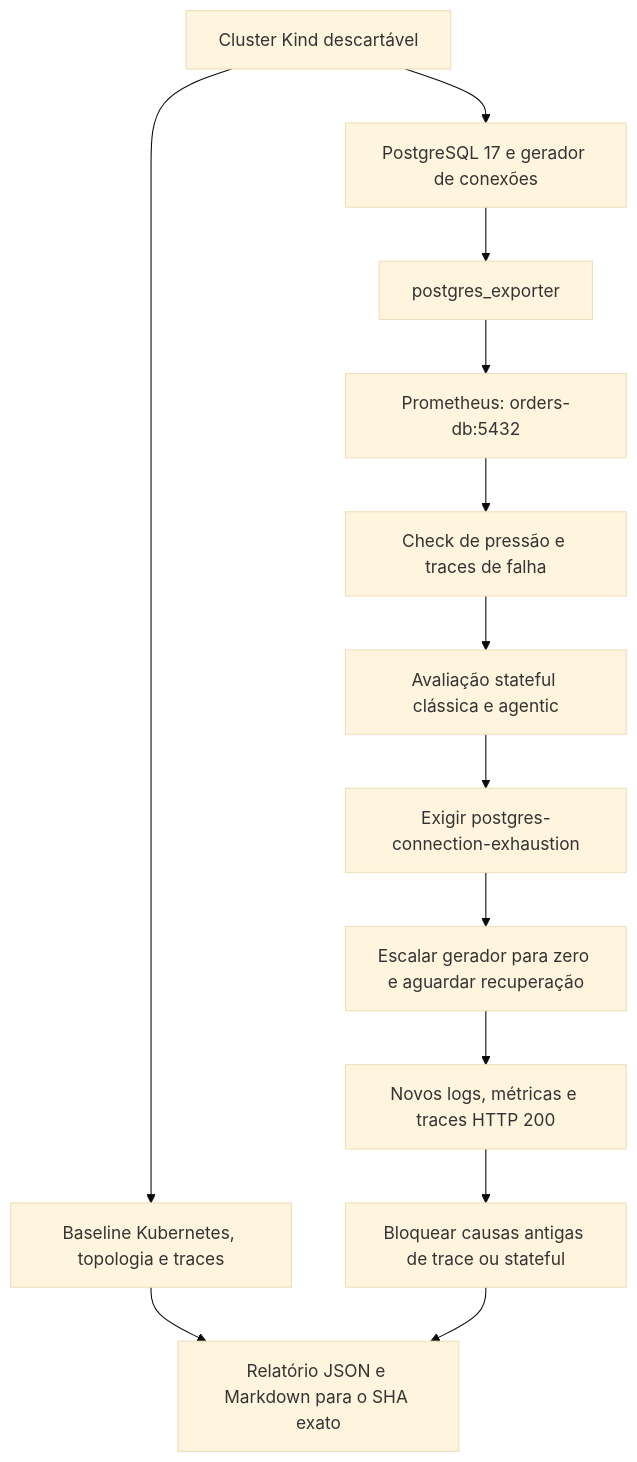
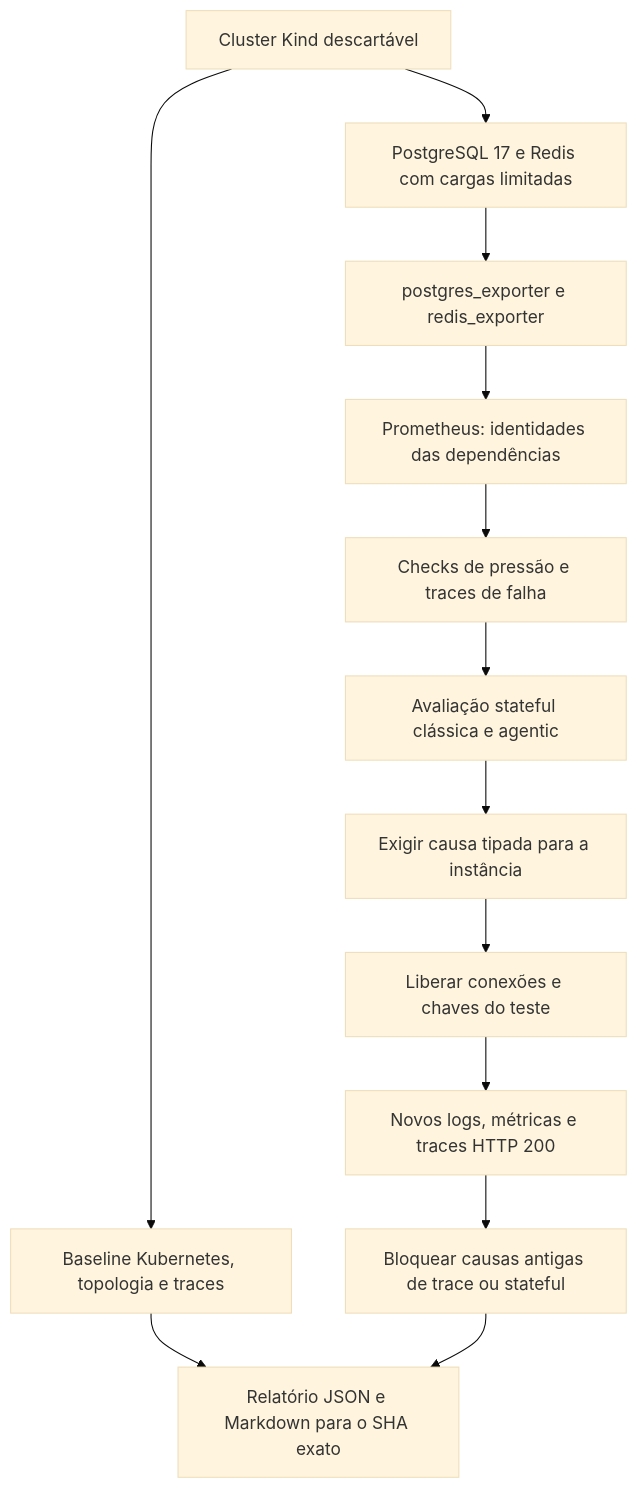
Before and after one commit to marcocristofolini/ai-sre-rca: diagram 28 of 28 in docs/architecture.pt-BR.md, drawn with Mermaid (base theme). The commit also changed other lines of this file and 16 other files, not shown here.

````diff
--- a/docs/architecture.pt-BR.md
+++ b/docs/architecture.pt-BR.md
@@ -721,15 +721,15 @@
 ```mermaid
 flowchart TD
     KIND["Cluster Kind descartável"] --> BASE["Baseline Kubernetes, topologia e traces"]
-    KIND --> DB["PostgreSQL 17 e gerador de conexões"]
-    DB --> EXP["postgres_exporter"]
-    EXP --> PROM["Prometheus: orders-db:5432"]
-    PROM --> FAIL["Check de pressão e traces de falha"]
+    KIND --> DB["PostgreSQL 17 e Redis com cargas limitadas"]
+    DB --> EXP["postgres_exporter e redis_exporter"]
+    EXP --> PROM["Prometheus: identidades das dependências"]
+    PROM --> FAIL["Checks de pressão e traces de falha"]
     FAIL --> RCA["Avaliação stateful clássica e agentic"]
-    RCA --> ROOT["Exigir postgres-connection-exhaustion"]
-    ROOT --> REC["Escalar gerador para zero e aguardar recuperação"]
+    RCA --> ROOT["Exigir causa tipada para a instância"]
+    ROOT --> REC["Liberar conexões e chaves do teste"]
     REC --> FRESH["Novos logs, métricas e traces HTTP 200"]
     FRESH --> VERIFY["Bloquear causas antigas de trace ou stateful"]
     BASE --> REPORT["Relatório JSON e Markdown para o SHA exato"]
     VERIFY --> REPORT
 ```
````
